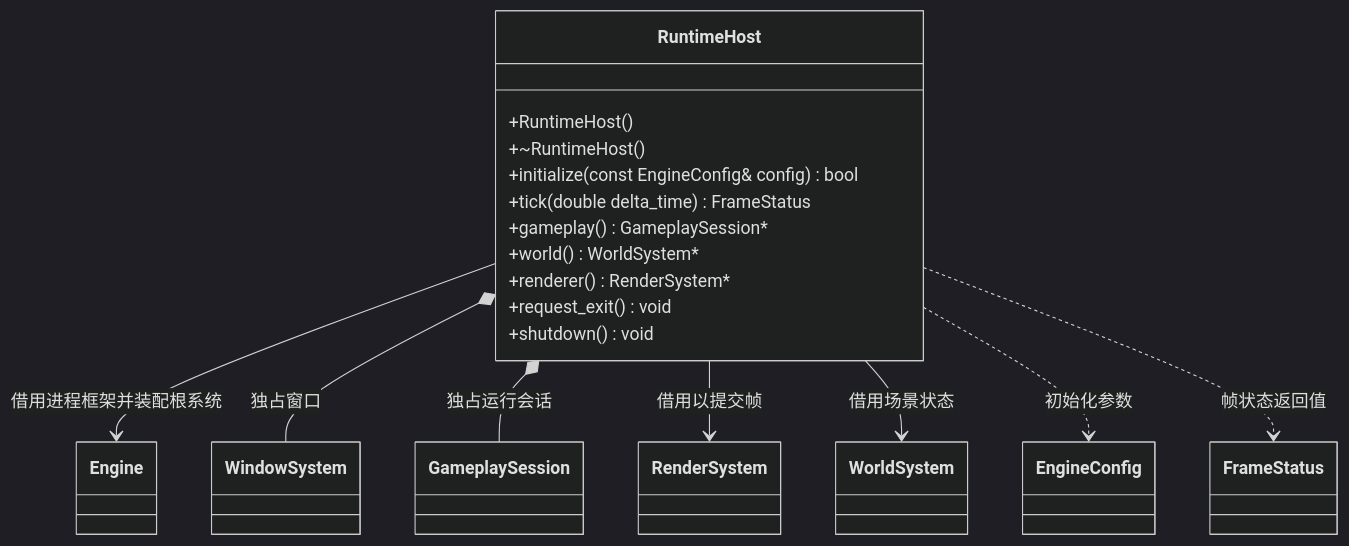
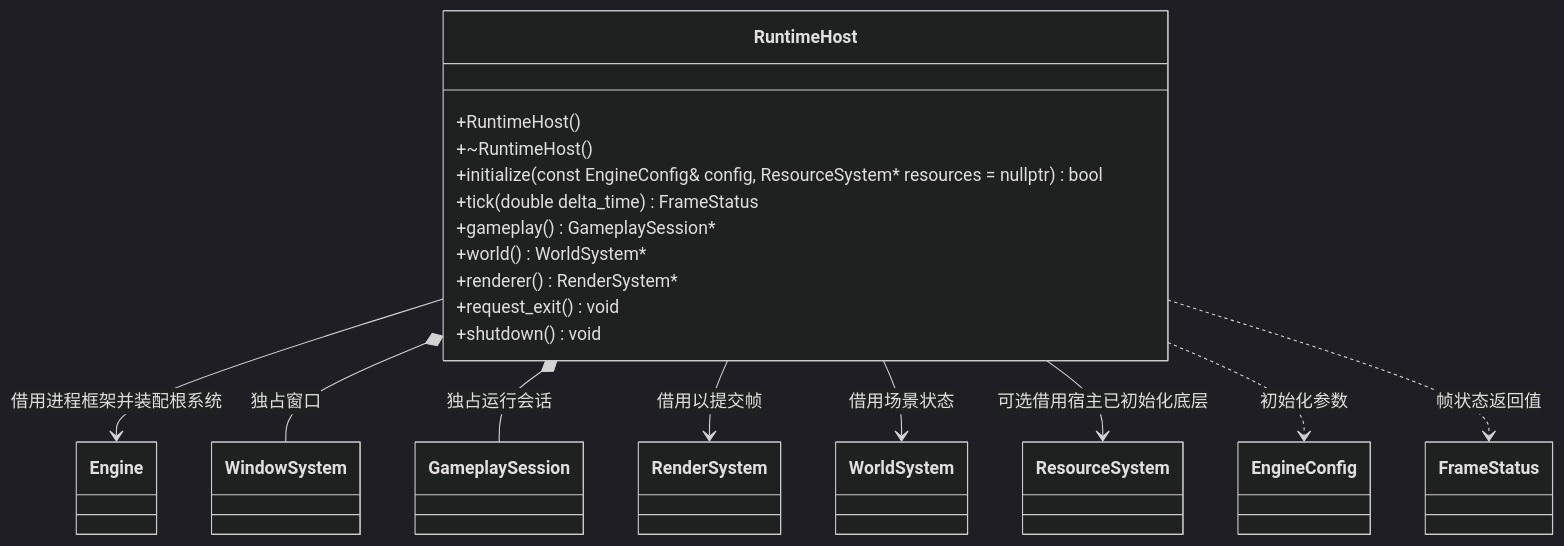
One commit to lcals/Engine changed the diagram in docs/runtime/class-diagrams/runtime-host.md. Above: the diagram before and after it, drawn with Mermaid (dark theme). The commit also changed other lines of this file and 194 other files, not shown here.

````diff
--- a/docs/runtime/class-diagrams/runtime-host.md
+++ b/docs/runtime/class-diagrams/runtime-host.md
@@ -5,29 +5,31 @@
 ```mermaid
 classDiagram
     direction TB
     class RuntimeHost {
         +RuntimeHost()
         +~RuntimeHost()
-        +initialize(const EngineConfig& config) bool
+        +initialize(const EngineConfig& config, ResourceSystem#42; resources = nullptr) bool
         +tick(double delta_time) FrameStatus
         +gameplay() GameplaySession#42;
         +world() WorldSystem#42;
         +renderer() RenderSystem#42;
         +request_exit() void
         +shutdown() void
     }
     class Engine
     class WindowSystem
     class GameplaySession
     class RenderSystem
     class WorldSystem
+    class ResourceSystem
     class EngineConfig
     class FrameStatus
     RuntimeHost --> Engine : 借用进程框架并装配根系统
     RuntimeHost *-- WindowSystem : 独占窗口
     RuntimeHost *-- GameplaySession : 独占运行会话
     RuntimeHost --> RenderSystem : 借用以提交帧
     RuntimeHost --> WorldSystem : 借用场景状态
+    RuntimeHost --> ResourceSystem : 可选借用宿主已初始化底层
     RuntimeHost ..> EngineConfig : 初始化参数
     RuntimeHost ..> FrameStatus : 帧状态返回值
 ```
````
